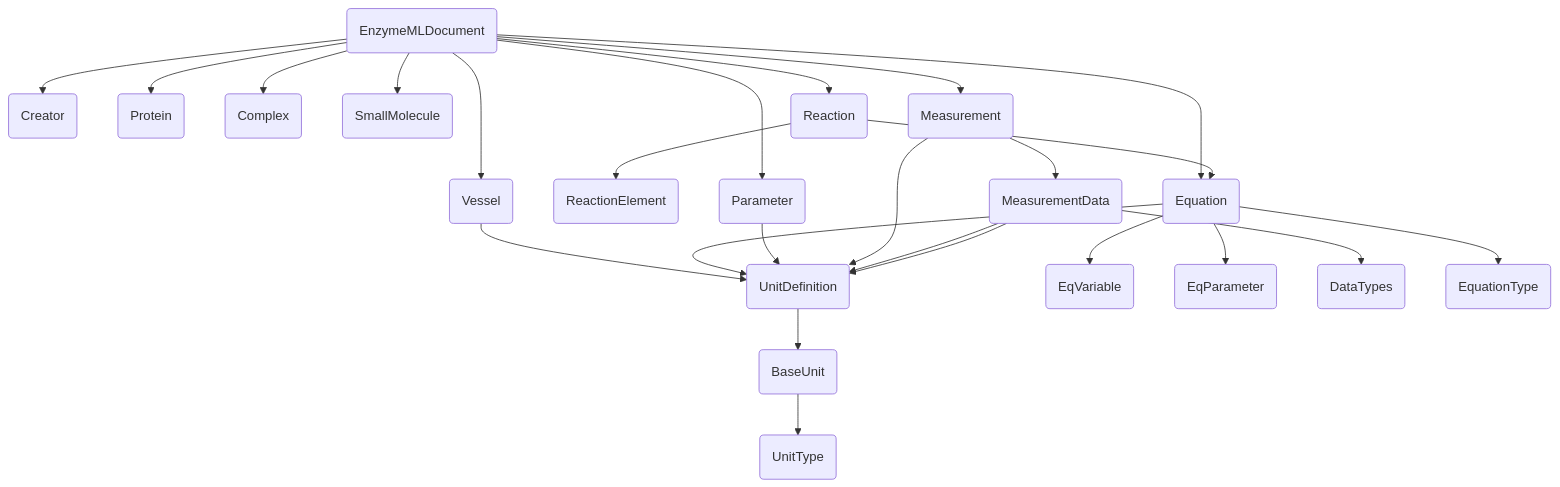
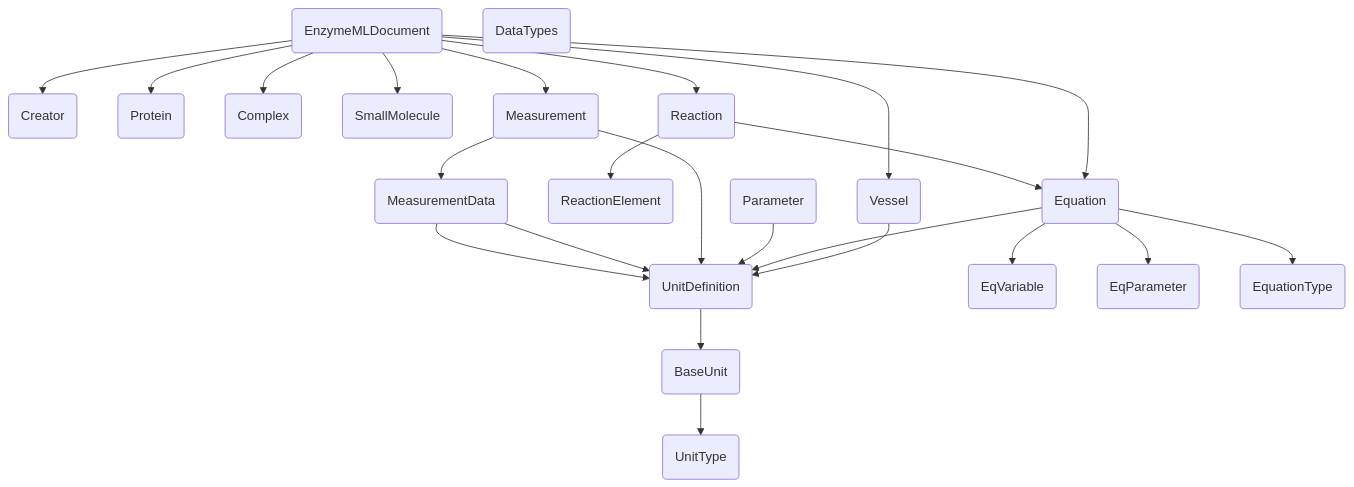
Before and after one commit to EnzymeML/enzymeml-specifications: the diagram in docs/model.md, drawn with Mermaid. The commit also changed other lines of this file and 8 other files, not shown here.

````diff
--- a/docs/model.md
+++ b/docs/model.md
@@ -11,66 +11,64 @@
     ``` mermaid
     flowchart TB
         enzymemldocument(EnzymeMLDocument)
         creator(Creator)
         vessel(Vessel)
         protein(Protein)
         complex(Complex)
         smallmolecule(SmallMolecule)
         reaction(Reaction)
         reactionelement(ReactionElement)
         equation(Equation)
         parameter(Parameter)
         measurement(Measurement)
         measurementdata(MeasurementData)
         unitdefinition(UnitDefinition)
         baseunit(BaseUnit)
         eqvariable(EqVariable)
         eqparameter(EqParameter)
+        equationtype(EquationType)
         datatypes(DataTypes)
-        equationtype(EquationType)
         unittype(UnitType)
         enzymemldocument(EnzymeMLDocument) --> creator(Creator)
         enzymemldocument(EnzymeMLDocument) --> vessel(Vessel)
         enzymemldocument(EnzymeMLDocument) --> protein(Protein)
         enzymemldocument(EnzymeMLDocument) --> complex(Complex)
         enzymemldocument(EnzymeMLDocument) --> smallmolecule(SmallMolecule)
         enzymemldocument(EnzymeMLDocument) --> reaction(Reaction)
         enzymemldocument(EnzymeMLDocument) --> measurement(Measurement)
         enzymemldocument(EnzymeMLDocument) --> equation(Equation)
-        enzymemldocument(EnzymeMLDocument) --> parameter(Parameter)
         vessel(Vessel) --> unitdefinition(UnitDefinition)
         reaction(Reaction) --> equation(Equation)
         reaction(Reaction) --> reactionelement(ReactionElement)
         equation(Equation) --> unitdefinition(UnitDefinition)
         equation(Equation) --> equationtype(EquationType)
         equation(Equation) --> eqvariable(EqVariable)
         equation(Equation) --> eqparameter(EqParameter)
         parameter(Parameter) --> unitdefinition(UnitDefinition)
         measurement(Measurement) --> measurementdata(MeasurementData)
         measurement(Measurement) --> unitdefinition(UnitDefinition)
-        measurementdata(MeasurementData) --> datatypes(DataTypes)
         measurementdata(MeasurementData) --> unitdefinition(UnitDefinition)
         measurementdata(MeasurementData) --> unitdefinition(UnitDefinition)
         unitdefinition(UnitDefinition) --> baseunit(BaseUnit)
         baseunit(BaseUnit) --> unittype(UnitType)
 
         click enzymemldocument "#enzymemldocument" "Go to EnzymeMLDocument"
         click creator "#creator" "Go to Creator"
         click vessel "#vessel" "Go to Vessel"
         click protein "#protein" "Go to Protein"
         click complex "#complex" "Go to Complex"
         click smallmolecule "#smallmolecule" "Go to SmallMolecule"
         click reaction "#reaction" "Go to Reaction"
         click reactionelement "#reactionelement" "Go to ReactionElement"
         click equation "#equation" "Go to Equation"
         click parameter "#parameter" "Go to Parameter"
         click measurement "#measurement" "Go to Measurement"
         click measurementdata "#measurementdata" "Go to MeasurementData"
         click unitdefinition "#unitdefinition" "Go to UnitDefinition"
         click baseunit "#baseunit" "Go to BaseUnit"
         click eqvariable "#eqvariable" "Go to EqVariable"
         click eqparameter "#eqparameter" "Go to EqParameter"
+        click equationtype "#equationtype" "Go to EquationType"
         click datatypes "#datatypes" "Go to DataTypes"
-        click equationtype "#equationtype" "Go to EquationType"
         click unittype "#unittype" "Go to UnitType"
     ```
````
